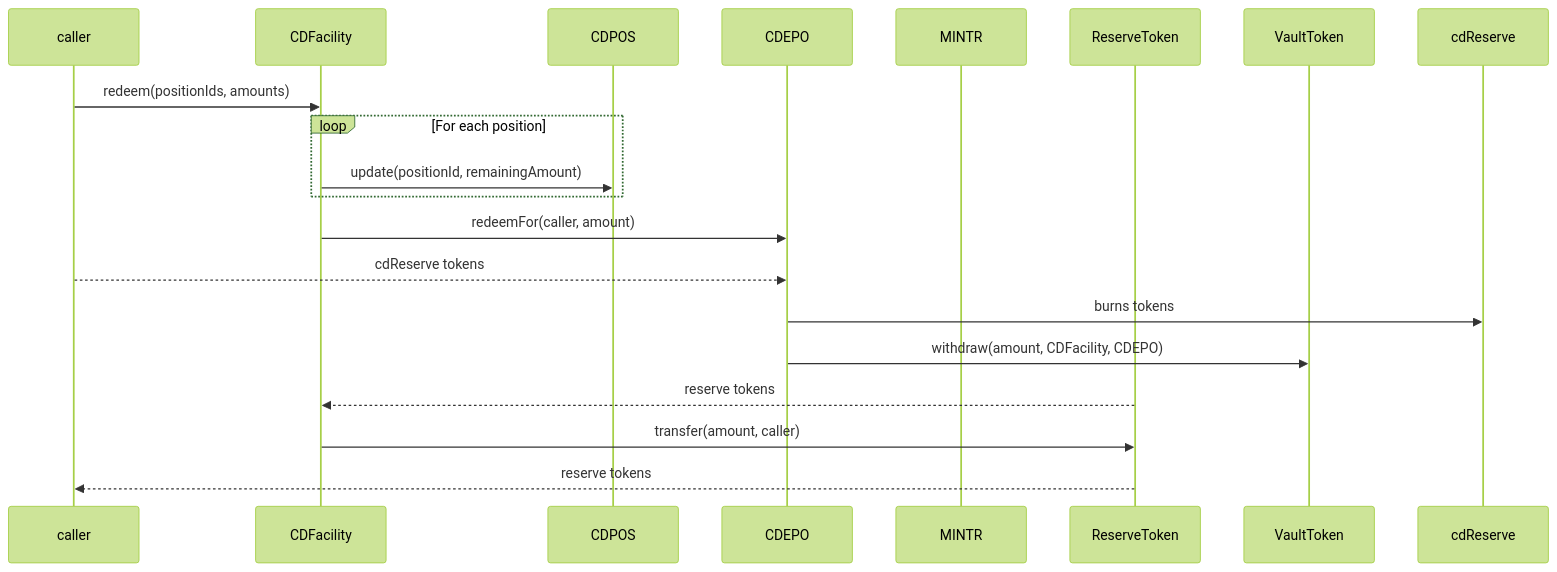
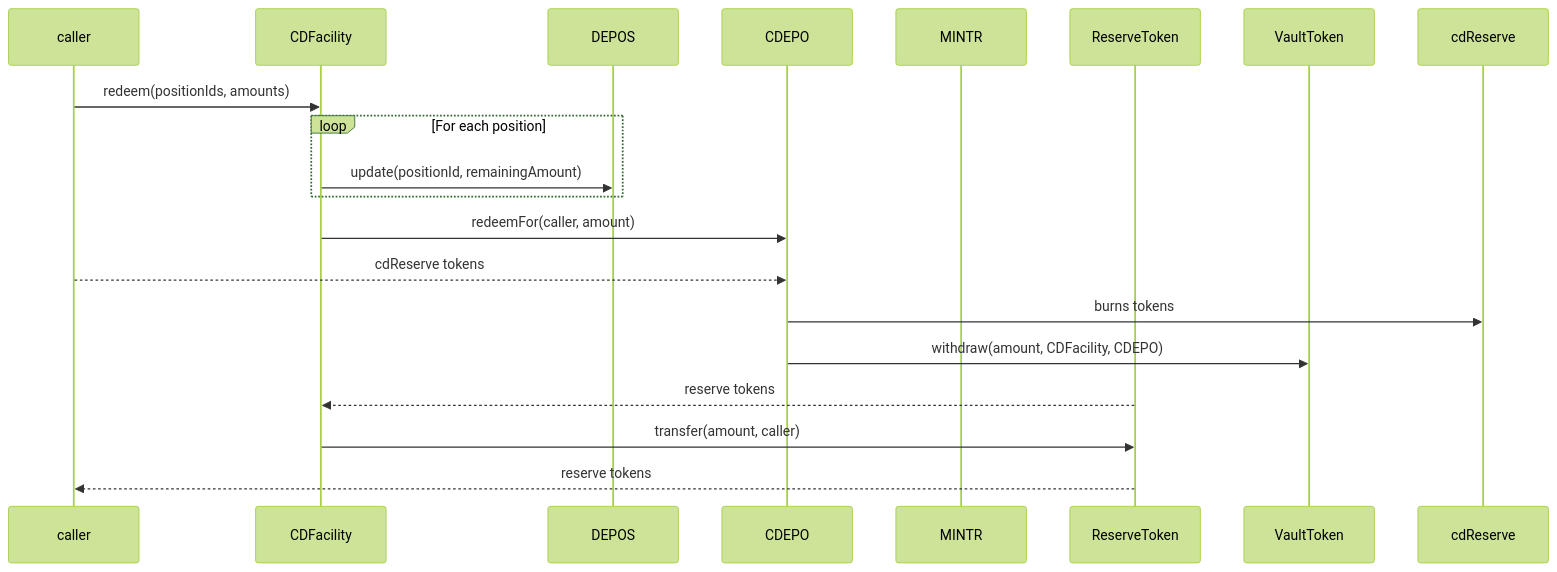
One commit to OlympusDAO/olympus-v3 changed the sixth of 7 diagrams in audit/2025-01_convertible-deposits/README.md. Above: the diagram before and after it, drawn with Mermaid (forest theme). The commit also changed other lines of this file and 35 other files, not shown here.

Commit message:
Rename module CDPOS->DEPOS

````diff
--- a/audit/2025-01_convertible-deposits/README.md
+++ b/audit/2025-01_convertible-deposits/README.md
@@ -348,23 +348,23 @@
 ```mermaid
 sequenceDiagram
     participant caller
     participant CDFacility
-    participant CDPOS
+    participant DEPOS
     participant CDEPO
     participant MINTR
     participant ReserveToken
     participant VaultToken
     participant cdReserve
 
     caller->>CDFacility: redeem(positionIds, amounts)
     loop For each position
-        CDFacility->>CDPOS: update(positionId, remainingAmount)
+        CDFacility->>DEPOS: update(positionId, remainingAmount)
     end
     CDFacility->>CDEPO: redeemFor(caller, amount)
     caller-->>CDEPO: cdReserve tokens
     CDEPO->>cdReserve: burns tokens
     CDEPO->>VaultToken: withdraw(amount, CDFacility, CDEPO)
     ReserveToken-->>CDFacility: reserve tokens
     CDFacility->>ReserveToken: transfer(amount, caller)
     ReserveToken-->>caller: reserve tokens
 ```
````
